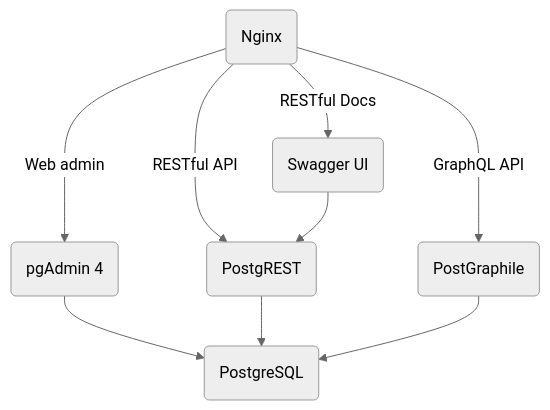
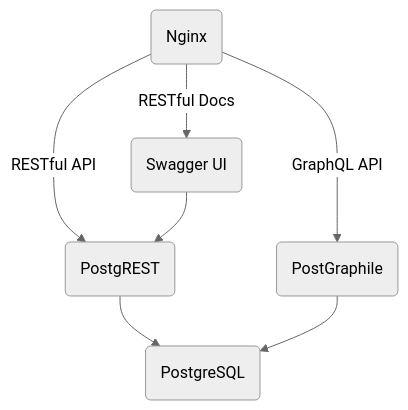
Before and after one commit to light-stand/scriptura-api: the diagram in README.md, drawn with Mermaid (neutral theme). The commit also changed 7 other files, not shown here.

````diff
--- a/README.md
+++ b/README.md
@@ -15,12 +15,10 @@
 ```mermaid
 flowchart TD
     A(Nginx) -- RESTful API --> B(PostgREST)
     A -- GraphQL API --> C(PostGraphile)
     A -- RESTful Docs --> D(Swagger UI)
     D --> B
-    A --Web admin --> E(pgAdmin 4)
-    E --> F(PostgreSQL)
-    B --> F
+    B --> F(PostgreSQL)
     C --> F
 
 ```
````
